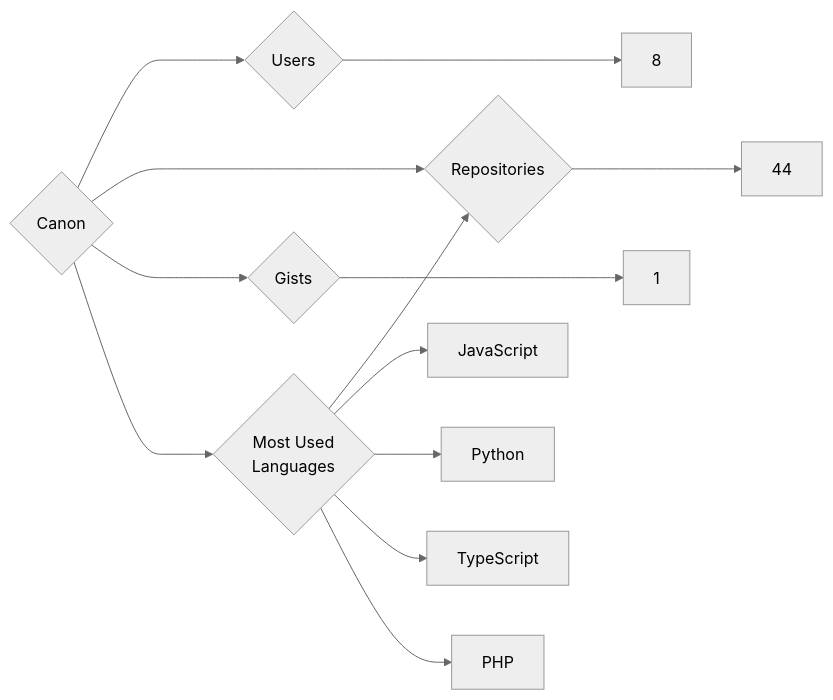
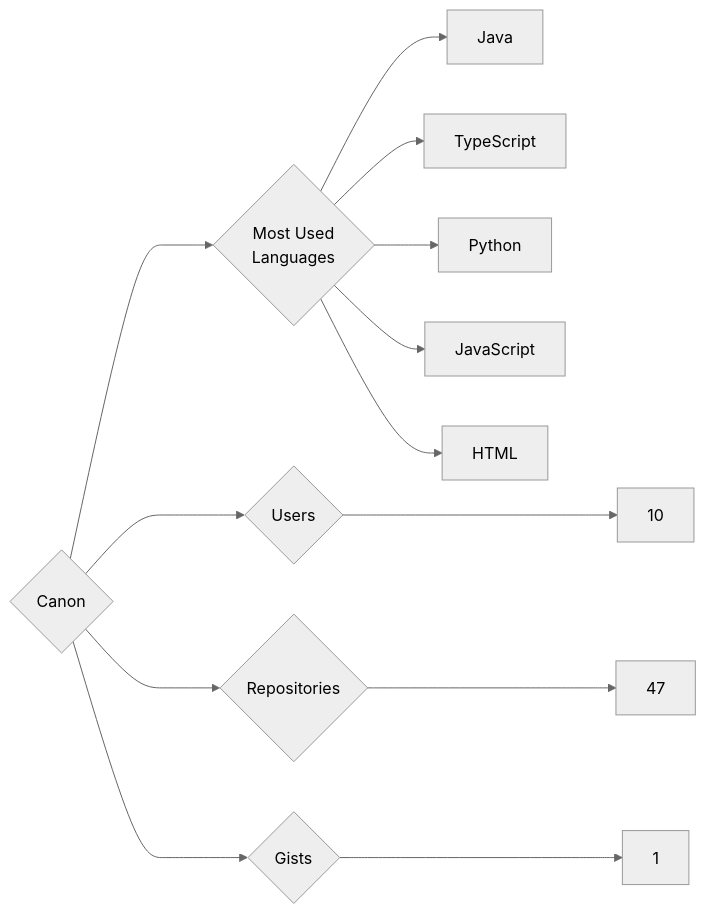
The diagram in targets/Canon/README.md (trickest/insiders), drawn with Mermaid (neutral theme) before and after one commit. The commit also changed 951 other files, not shown here.

````diff
--- a/targets/Canon/README.md
+++ b/targets/Canon/README.md
@@ -3,13 +3,13 @@
 ```mermaid
 graph LR
 COMPANY_NAME{Canon}
-COMPANY_NAME ---> U{Users} ---> UN[8]
-COMPANY_NAME ---> R{Repositories} ---> RN[44]
+COMPANY_NAME ---> U{Users} ---> UN[10]
+COMPANY_NAME ---> R{Repositories} ---> RN[47]
 COMPANY_NAME ---> G{Gists} ---> GN[1]
 COMPANY_NAME ---> ML{Most Used<br>Languages}
-ML --> R
-ML --> JavaScript
-ML --> Python
-ML --> TypeScript
-ML --> PHP
+ML --> Java[Java]
+ML --> TypeScript[TypeScript]
+ML --> Python[Python]
+ML --> JavaScript[JavaScript]
+ML --> HTML[HTML]
 ```
````
